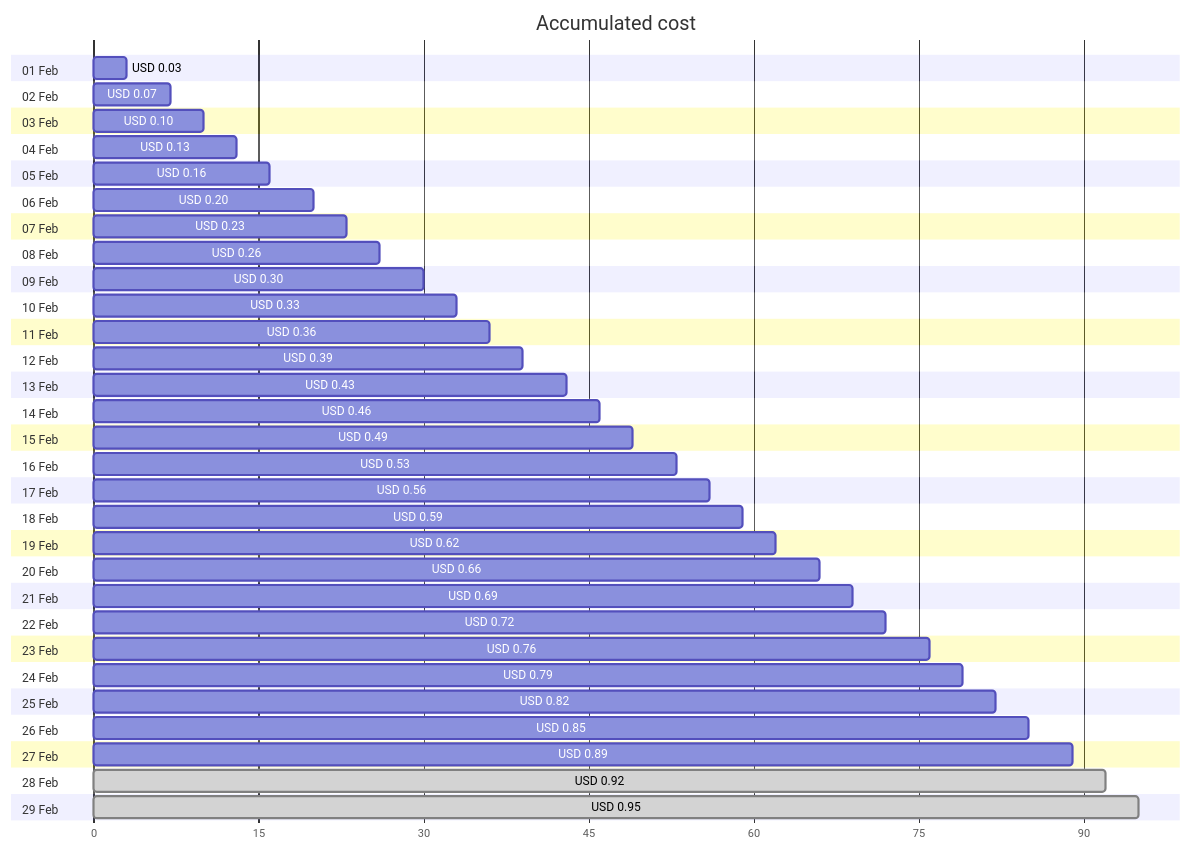
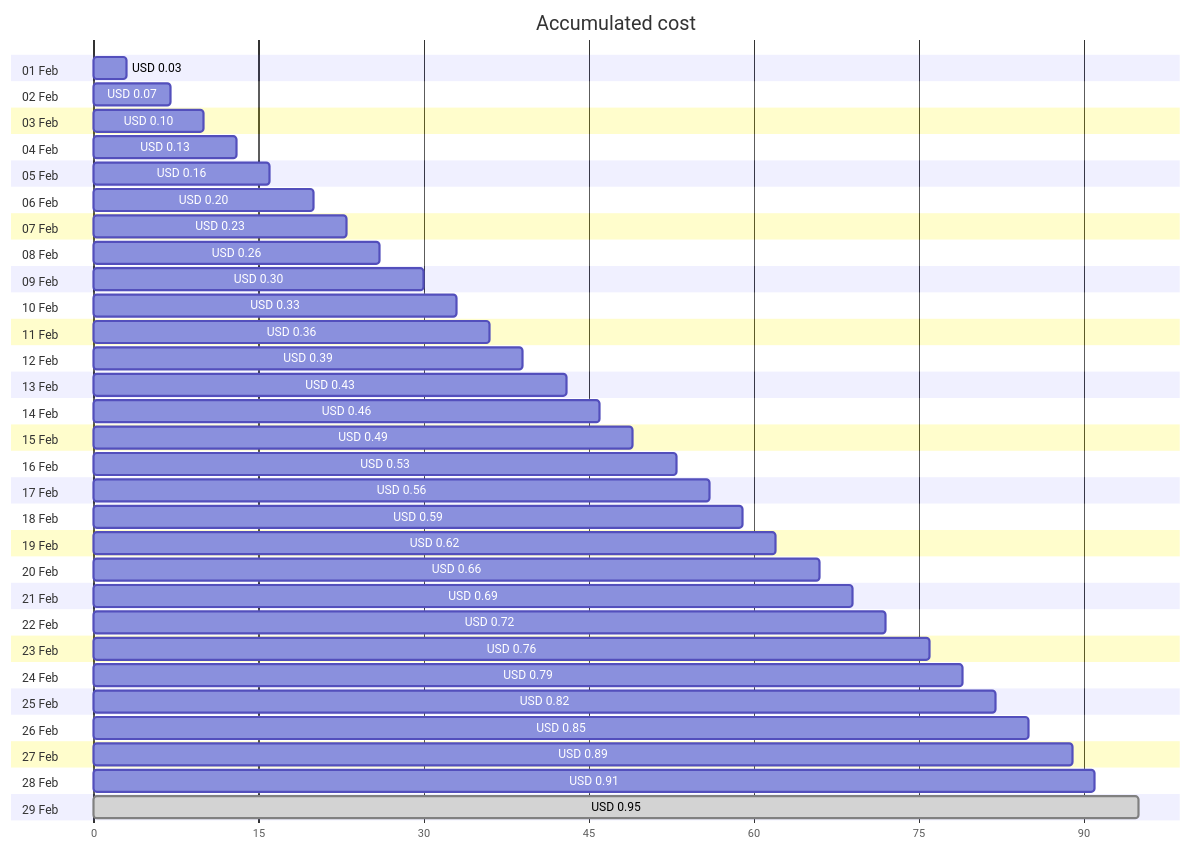
The first of 4 diagrams in cost-reports/personal-dns/README.md (jpfulton/azure-personal-reports), drawn with Mermaid before and after one commit. The commit also changed other lines of this file and 2 other files, not shown here.

````diff
--- a/cost-reports/personal-dns/README.md
+++ b/cost-reports/personal-dns/README.md
@@ -20,64 +20,64 @@
 ```mermaid
 gantt
    title Accumulated cost
    dateFormat  X
    axisFormat %s
    section 01 Feb
    USD 0.03 :0, 3
    section 02 Feb
    USD 0.07 :0, 7
    section 03 Feb
    USD 0.10 :0, 10
    section 04 Feb
    USD 0.13 :0, 13
    section 05 Feb
    USD 0.16 :0, 16
    section 06 Feb
    USD 0.20 :0, 20
    section 07 Feb
    USD 0.23 :0, 23
    section 08 Feb
    USD 0.26 :0, 26
    section 09 Feb
    USD 0.30 :0, 30
    section 10 Feb
    USD 0.33 :0, 33
    section 11 Feb
    USD 0.36 :0, 36
    section 12 Feb
    USD 0.39 :0, 39
    section 13 Feb
    USD 0.43 :0, 43
    section 14 Feb
    USD 0.46 :0, 46
    section 15 Feb
    USD 0.49 :0, 49
    section 16 Feb
    USD 0.53 :0, 53
    section 17 Feb
    USD 0.56 :0, 56
    section 18 Feb
    USD 0.59 :0, 59
    section 19 Feb
    USD 0.62 :0, 62
    section 20 Feb
    USD 0.66 :0, 66
    section 21 Feb
    USD 0.69 :0, 69
    section 22 Feb
    USD 0.72 :0, 72
    section 23 Feb
    USD 0.76 :0, 76
    section 24 Feb
    USD 0.79 :0, 79
    section 25 Feb
    USD 0.82 :0, 82
    section 26 Feb
    USD 0.85 :0, 85
    section 27 Feb
    USD 0.89 :0, 89
    section 28 Feb
-   USD 0.92 : done, 0, 92
+   USD 0.91 :0, 91
    section 29 Feb
    USD 0.95 : done, 0, 95
 ```
````
